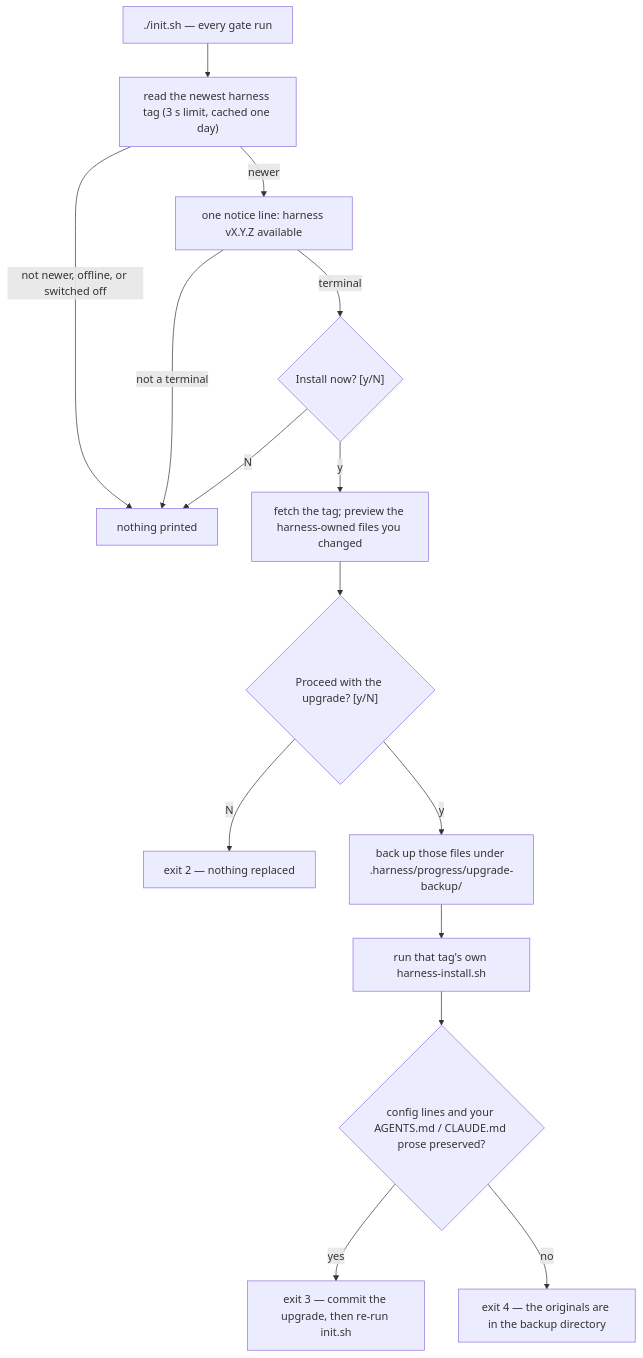
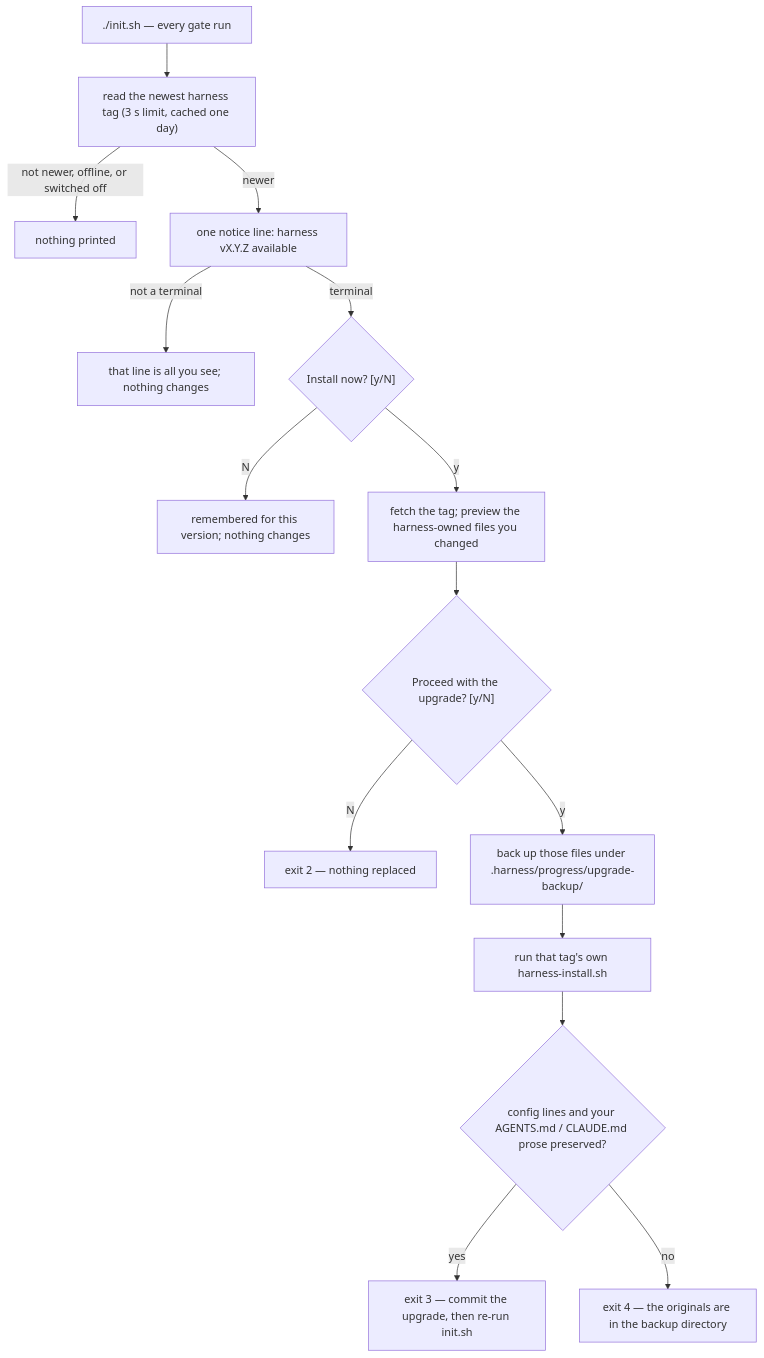
Before and after one commit to araozmd/harness-sdd: the second of 2 diagrams in specs/epics/E39-docs-for-humans/F02-install-split/E39-F02.plan.md, drawn with Mermaid. The commit also changed other lines of this file and 3 other files, not shown here.

````diff
--- a/specs/epics/E39-docs-for-humans/F02-install-split/E39-F02.plan.md
+++ b/specs/epics/E39-docs-for-humans/F02-install-split/E39-F02.plan.md
@@ -332,17 +332,17 @@
 ```mermaid
 flowchart TB
     a["./init.sh — every gate run"] --> b["read the newest harness tag (3 s limit, cached one day)"]
     b -->|"not newer, offline, or switched off"| q["nothing printed"]
     b -->|newer| n["one notice line: harness vX.Y.Z available"]
-    n -->|"not a terminal"| q
+    n -->|"not a terminal"| z["that line is all you see; nothing changes"]
     n -->|terminal| p1{"Install now? [y/N]"}
-    p1 -->|N| q
+    p1 -->|N| z2["remembered for this version; nothing changes"]
     p1 -->|y| v["fetch the tag; preview the harness-owned files you changed"]
     v --> p2{"Proceed with the upgrade? [y/N]"}
     p2 -->|N| x["exit 2 — nothing replaced"]
     p2 -->|y| k["back up those files under .harness/progress/upgrade-backup/"]
     k --> r["run that tag's own harness-install.sh"]
     r --> s{"config lines and your AGENTS.md / CLAUDE.md prose preserved?"}
     s -->|yes| ok["exit 3 — commit the upgrade, then re-run init.sh"]
     s -->|no| bad["exit 4 — the originals are in the backup directory"]
 ```
````
